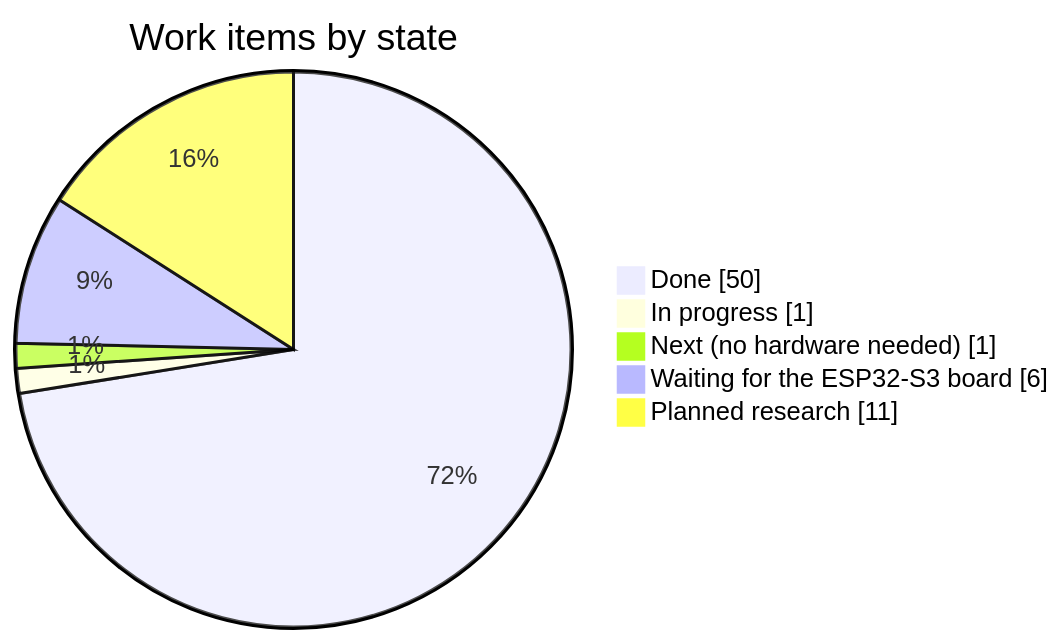
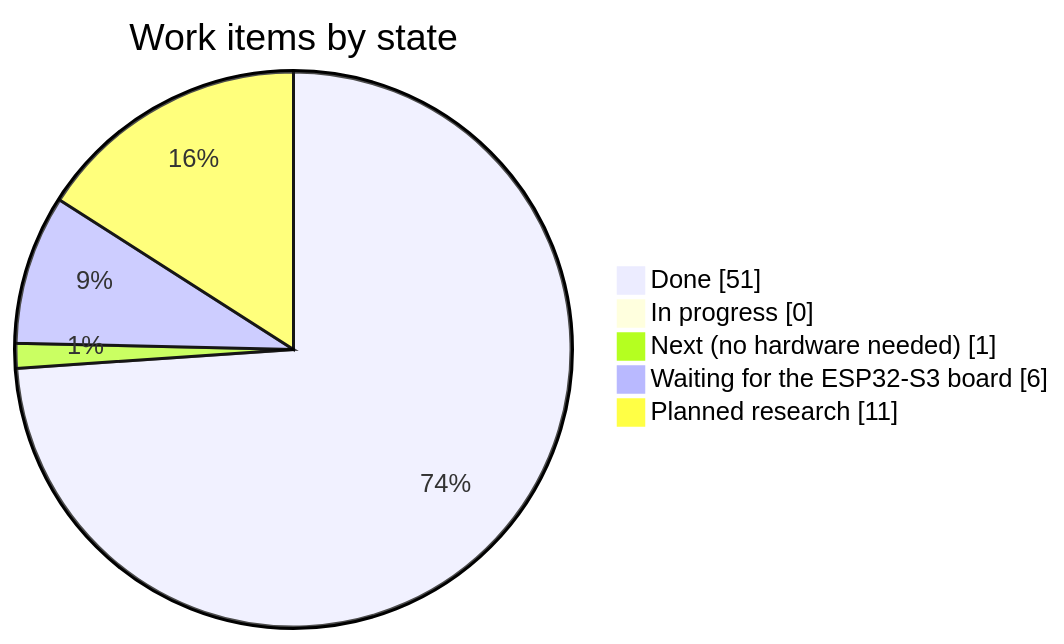
Before and after one commit to marcelpetrick/ESP32-Tiny-LLM: the first of 3 diagrams in plan.md, drawn with Mermaid. The commit also changed other lines of this file and 10 other files, not shown here.

````diff
--- a/plan.md
+++ b/plan.md
@@ -14,9 +14,9 @@
 ```mermaid
 pie showData
     title Work items by state
-    "Done" : 50
-    "In progress" : 1
+    "Done" : 51
+    "In progress" : 0
     "Next (no hardware needed)" : 1
     "Waiting for the ESP32-S3 board" : 6
     "Planned research" : 11
 ```
````
